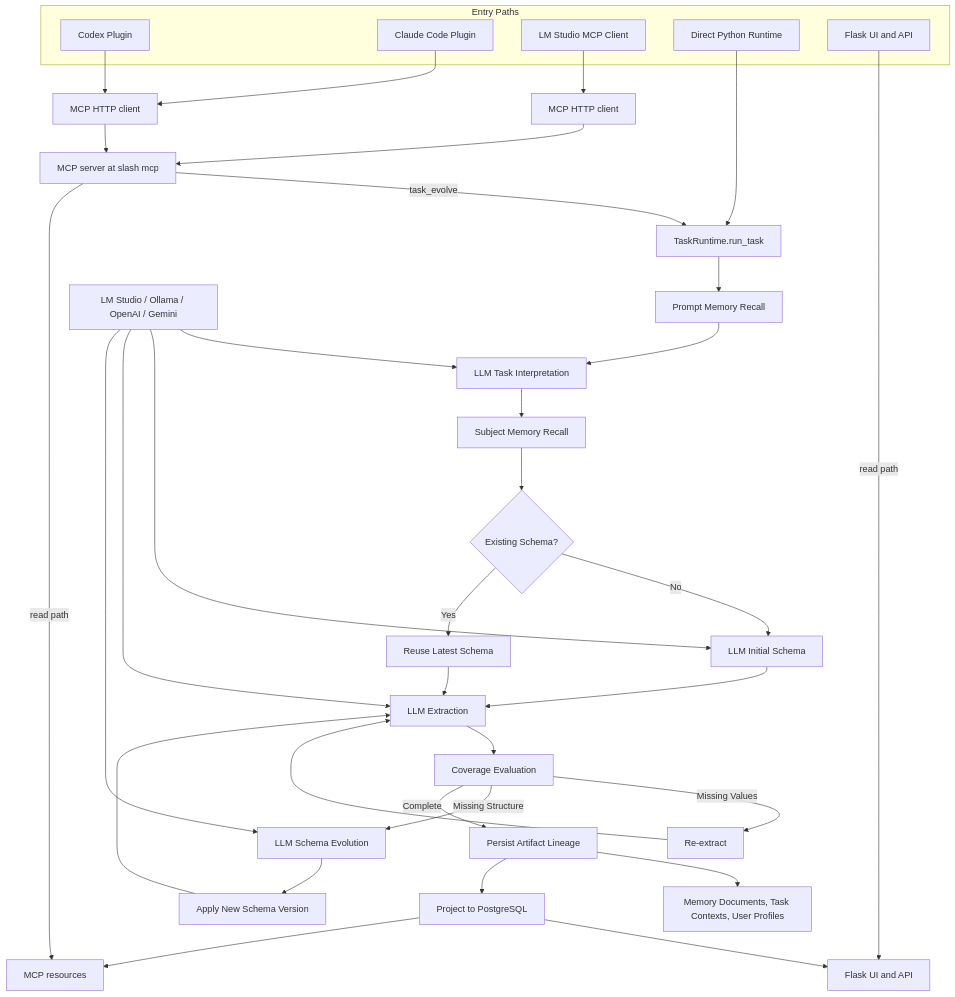
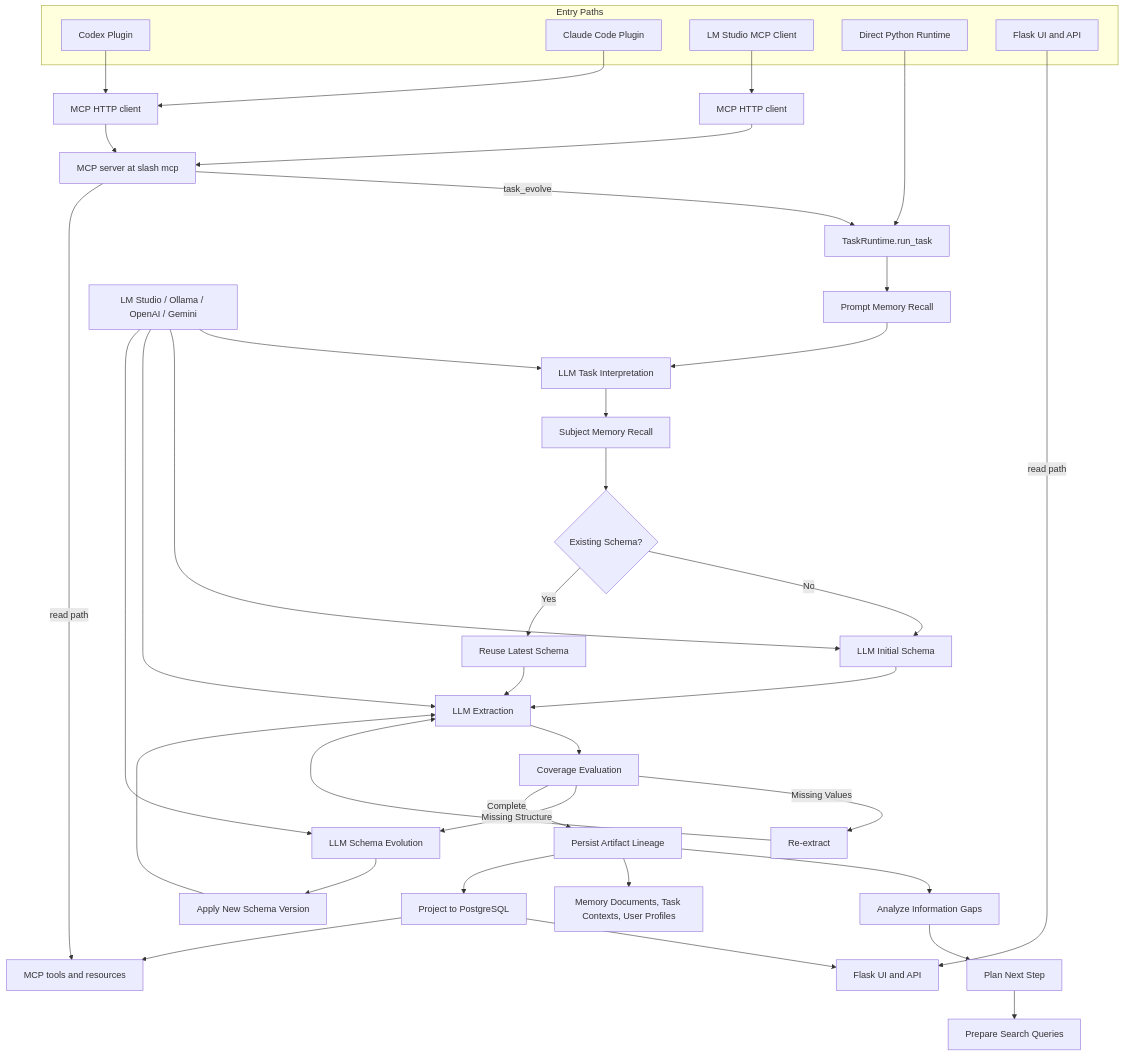
The diagram in README.md (kawayuta/TraceRelay), drawn with Mermaid before and after one commit. The commit also changed other lines of this file and 20 other files, not shown here.

````diff
--- a/README.md
+++ b/README.md
@@ -167,46 +171,50 @@
 ```mermaid
 flowchart TD
     subgraph Entry["Entry Paths"]
       A[Codex Plugin]
       B[Claude Code Plugin]
       C[LM Studio MCP Client]
       D[Direct Python Runtime]
       E[Flask UI and API]
     end
 
     A --> F[MCP HTTP client]
     B --> F
     C --> G[MCP HTTP client]
     F --> H[MCP server at slash mcp]
     G --> H
     D --> I[TaskRuntime.run_task]
     H -->|task_evolve| I
 
     I --> J[Prompt Memory Recall]
     J --> K[LLM Task Interpretation]
     K --> L[Subject Memory Recall]
     L --> M{Existing Schema?}
     M -->|No| N[LLM Initial Schema]
     M -->|Yes| O[Reuse Latest Schema]
     N --> P[LLM Extraction]
     O --> P
     P --> Q[Coverage Evaluation]
     Q -->|Missing Values| R[Re-extract]
     R --> P
     Q -->|Missing Structure| S[LLM Schema Evolution]
     S --> T[Apply New Schema Version]
     T --> P
     Q -->|Complete| U[Persist Artifact Lineage]
 
+    U --> V1[Analyze Information Gaps]
+    V1 --> V2[Plan Next Step]
+    V2 --> V3[Prepare Search Queries]
+
     V[LM Studio / Ollama / OpenAI / Gemini] --> K
     V --> N
     V --> P
     V --> S
 
     U --> W[Memory Documents, Task Contexts, User Profiles]
     U --> X[Project to PostgreSQL]
     X --> Y[Flask UI and API]
-    X --> Z[MCP resources]
+    X --> Z[MCP tools and resources]
     E -->|read path| Y
     H -->|read path| Z
 ```
````
